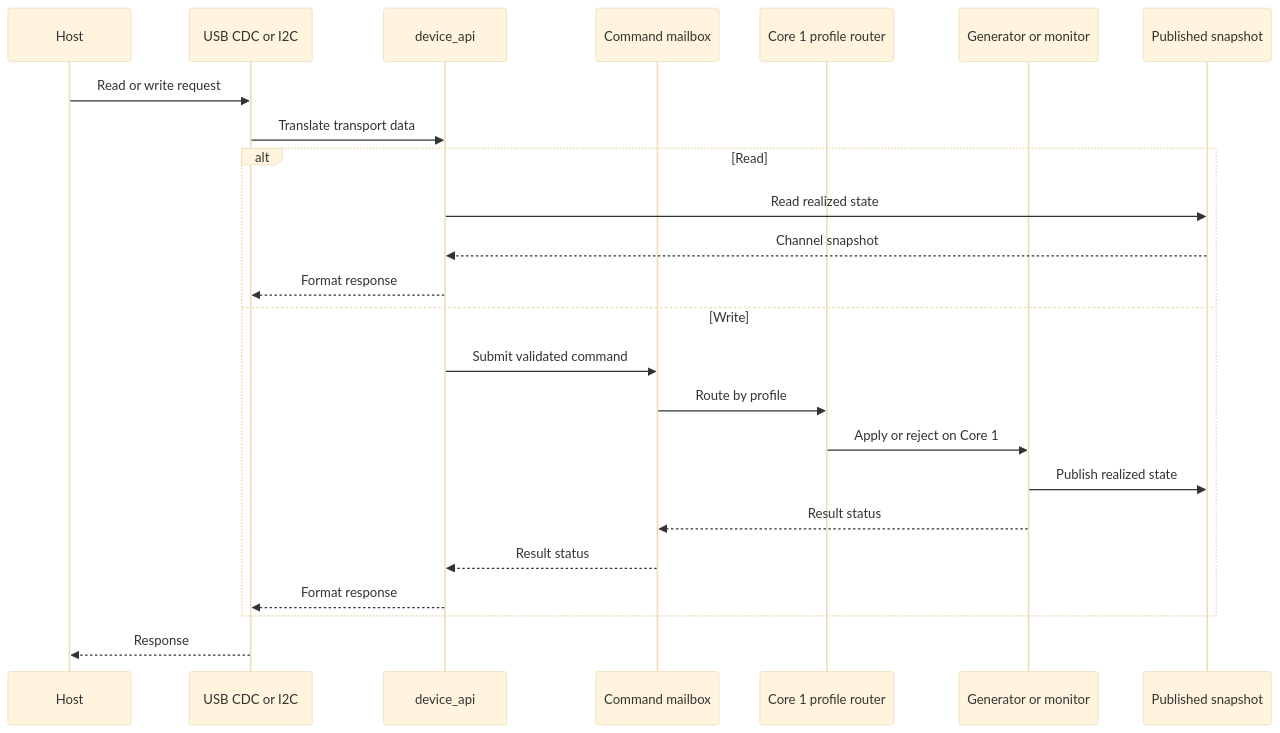
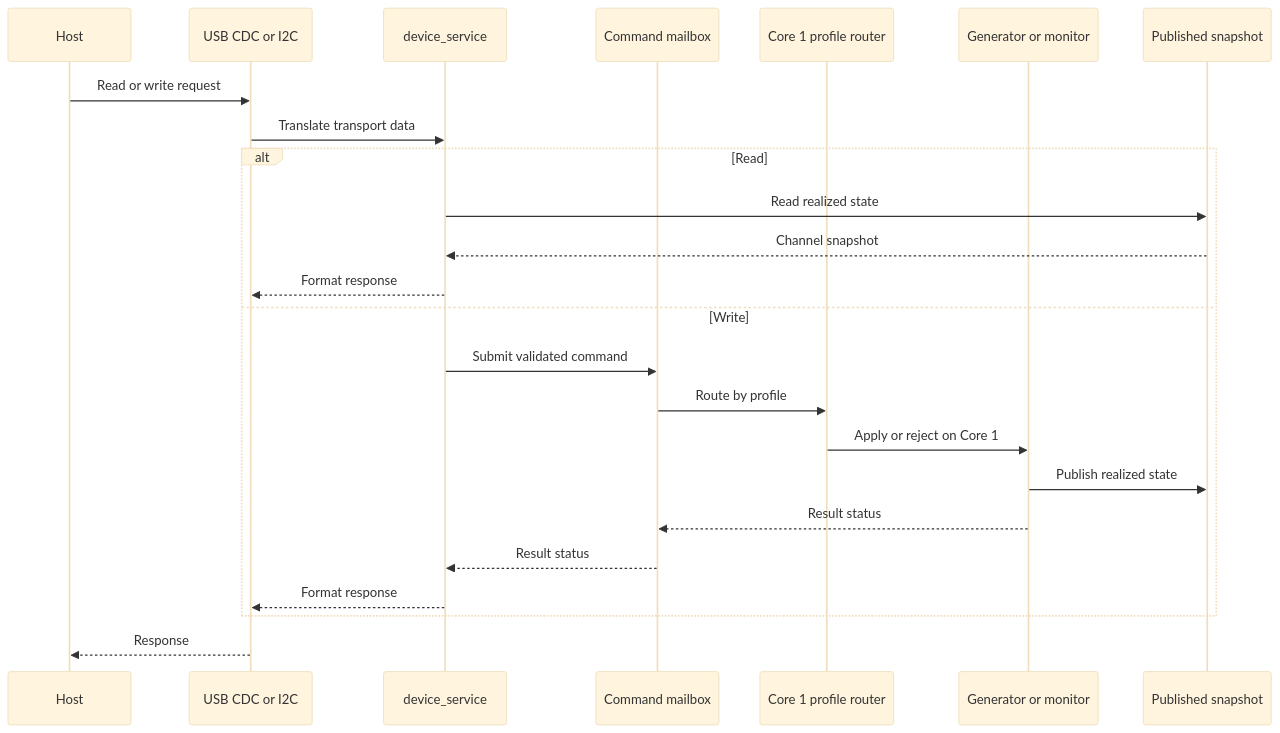
One commit to djwinter29-oss/PicoPWM changed the second of 4 diagrams in docs/design/architecture.md. Above: the diagram before and after it, drawn with Mermaid (base theme). The commit also changed other lines of this file and 115 other files, not shown here.

````diff
--- a/docs/design/architecture.md
+++ b/docs/design/architecture.md
@@ -226,27 +226,27 @@
 ```mermaid
 sequenceDiagram
     participant Host
     participant Transport as USB CDC or I2C
-    participant Control as device_api
+    participant Control as device_service
     participant Mailbox as Command mailbox
     participant Router as Core 1 profile router
     participant Backend as Generator or monitor
     participant State as Published snapshot
 
     Host->>Transport: Read or write request
     Transport->>Control: Translate transport data
     alt Read
         Control->>State: Read realized state
         State-->>Control: Channel snapshot
         Control-->>Transport: Format response
     else Write
         Control->>Mailbox: Submit validated command
         Mailbox->>Router: Route by profile
         Router->>Backend: Apply or reject on Core 1
         Backend->>State: Publish realized state
         Backend-->>Mailbox: Result status
         Mailbox-->>Control: Result status
         Control-->>Transport: Format response
     end
     Transport-->>Host: Response
 ```
````
